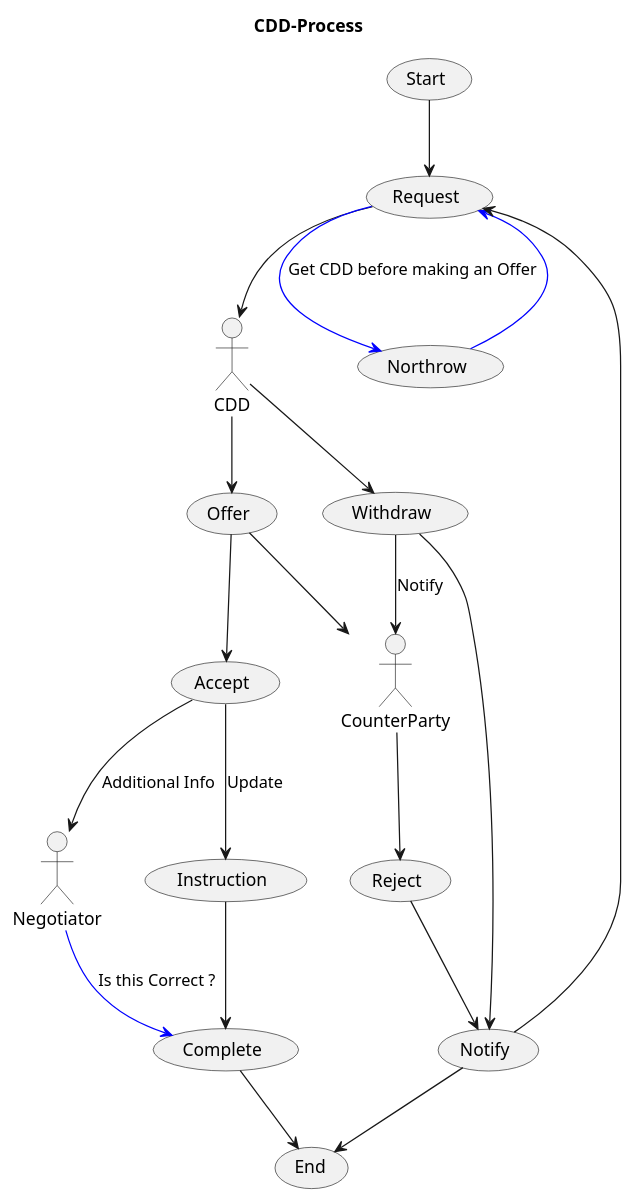
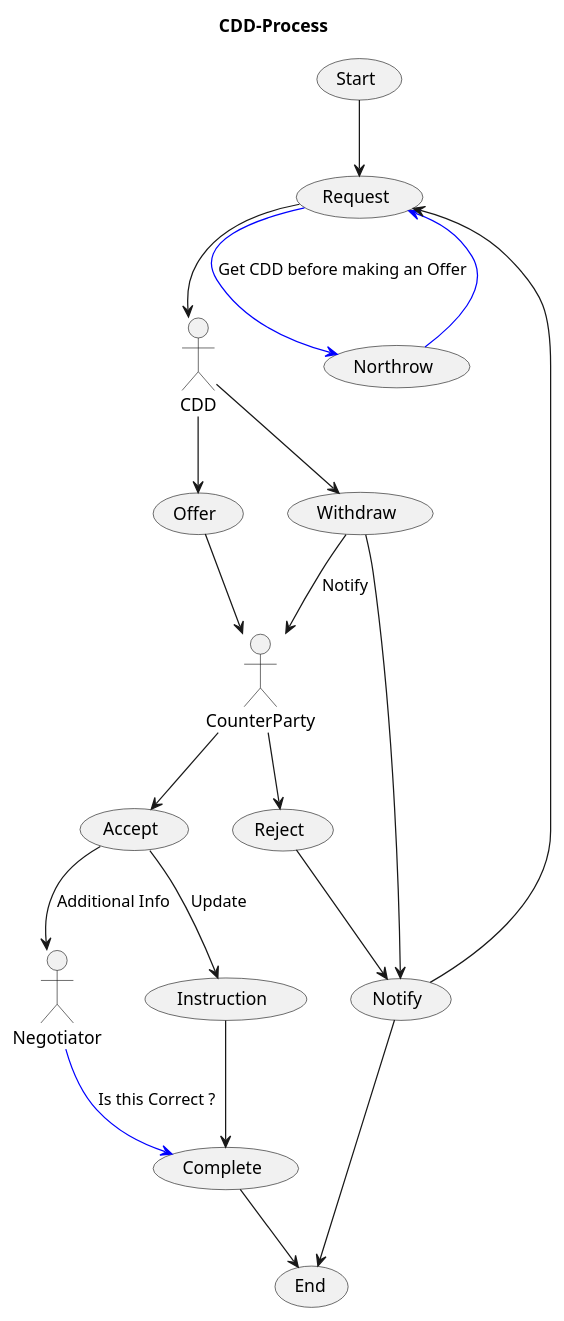
Before and after one commit to Kf-GaryNewport/Kf-GaryNewport.github.io: the diagram in assets/CDD-Process.puml, drawn with PlantUML.

```diff
--- a/assets/CDD-Process.puml
+++ b/assets/CDD-Process.puml
@@ -1,31 +1,31 @@
 @startuml CDDProcess
 
 title CDD-Process
 
 (Start) --> (Request)
 (Request) --> CDD
 (Request) -[#0000FF]-> (Northrow) : Get CDD before making an Offer
 (Northrow) -[#0000FF]-> (Request)  
   
-(Offer) --> (Accept)
+CounterParty --> (Accept)
 (Offer) --> CounterParty
 CounterParty --> (Reject)
 
 CDD --> Offer
 CDD --> (Withdraw)
 (Withdraw) --> CounterParty : Notify
 
 (Accept) --> Negotiator : Additional Info
 (Accept) --> (Instruction) : Update
 Negotiator -[#0000FF]-> (Complete) : Is this Correct ?
 (Instruction) --> (Complete) 
 
 (Reject) --> (Notify)
 (Withdraw) --> (Notify)
 
 (Notify) --> (Request)
 (Notify) --> (End)
 
 (Complete) --> (End)
 
 @enduml
```
